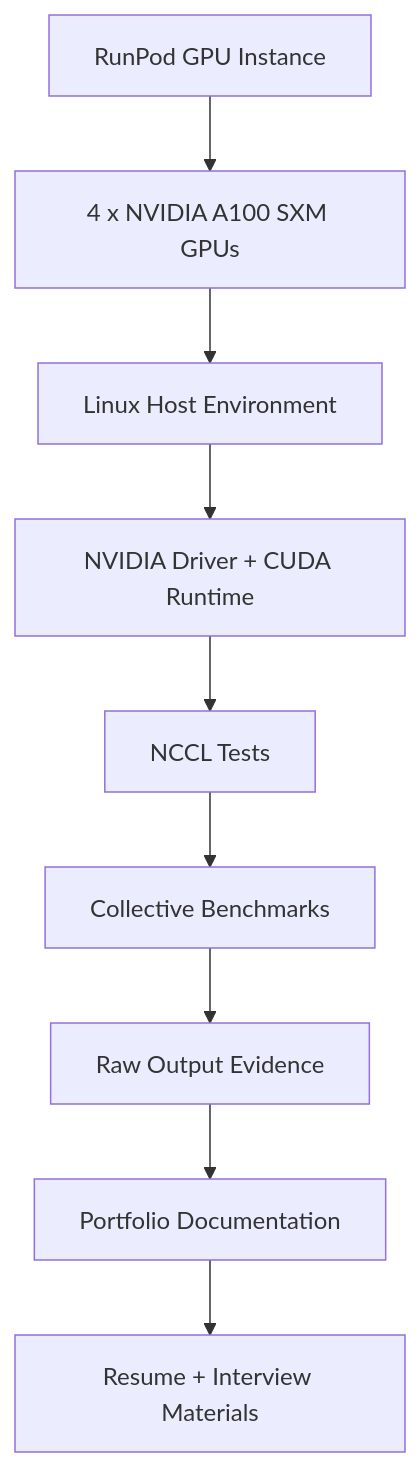
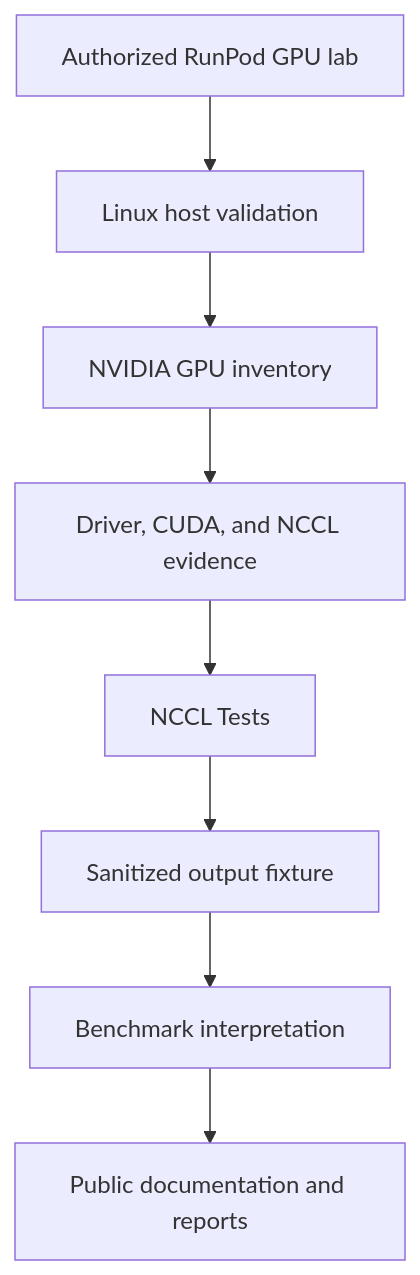
Before and after one commit to svbion/gpu-benchmark-lab: the first of 3 diagrams in docs/SYSTEM_ARCHITECTURE.md, drawn with Mermaid. The commit also changed other lines of this file and 50 other files, not shown here.

````diff
--- a/docs/SYSTEM_ARCHITECTURE.md
+++ b/docs/SYSTEM_ARCHITECTURE.md
@@ -8,11 +8,10 @@
 ```mermaid
 flowchart TD
-    RP[RunPod GPU Instance] --> HW[4 x NVIDIA A100 SXM GPUs]
-    HW --> LINUX[Linux Host Environment]
-    LINUX --> CUDA[NVIDIA Driver + CUDA Runtime]
-    CUDA --> NCCL[NCCL Tests]
-    NCCL --> BENCH[Collective Benchmarks]
-    BENCH --> RAW[Raw Output Evidence]
-    RAW --> DOCS[Portfolio Documentation]
-    DOCS --> RESUME[Resume + Interview Materials]
+    RP[Authorized RunPod GPU lab] --> LINUX[Linux host validation]
+    LINUX --> GPU[NVIDIA GPU inventory]
+    GPU --> RUNTIME[Driver, CUDA, and NCCL evidence]
+    RUNTIME --> TESTS[NCCL Tests]
+    TESTS --> OUTPUT[Sanitized output fixture]
+    OUTPUT --> ANALYSIS[Benchmark interpretation]
+    ANALYSIS --> DOCS[Public documentation and reports]
 ```
````
